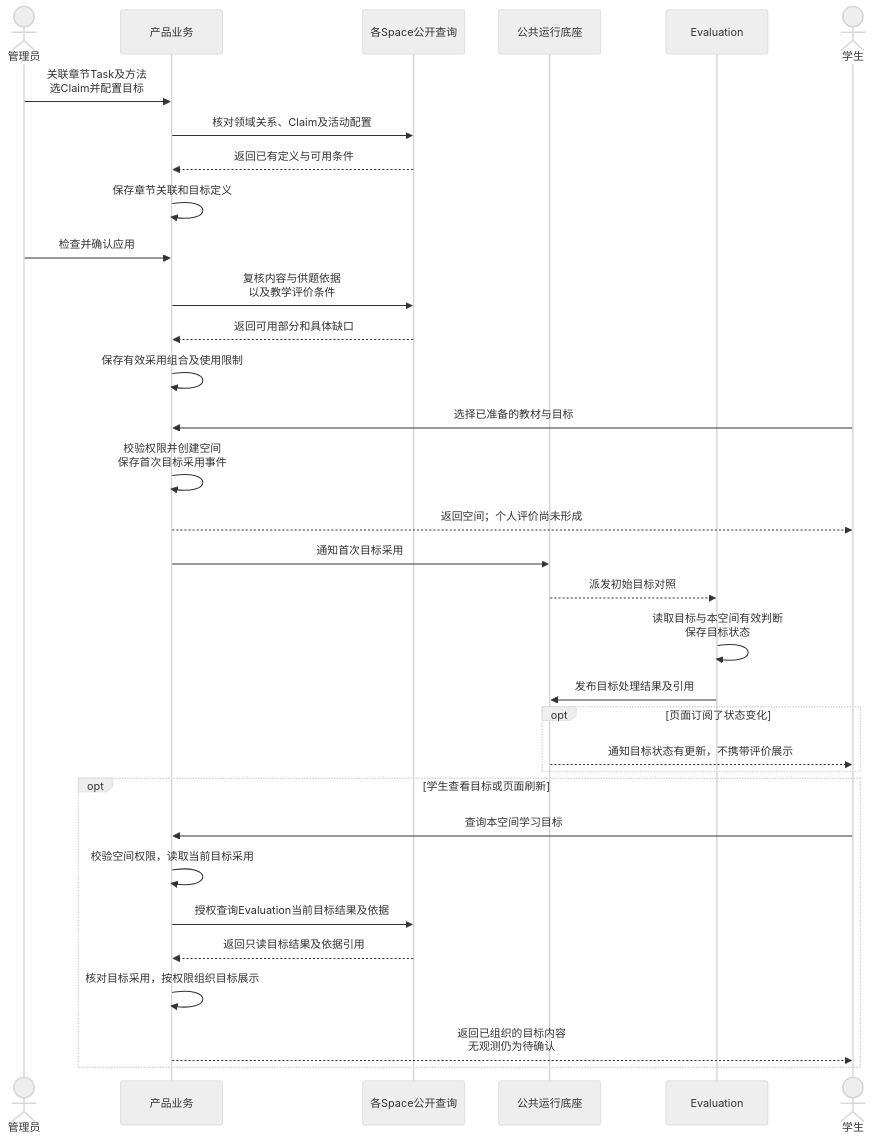
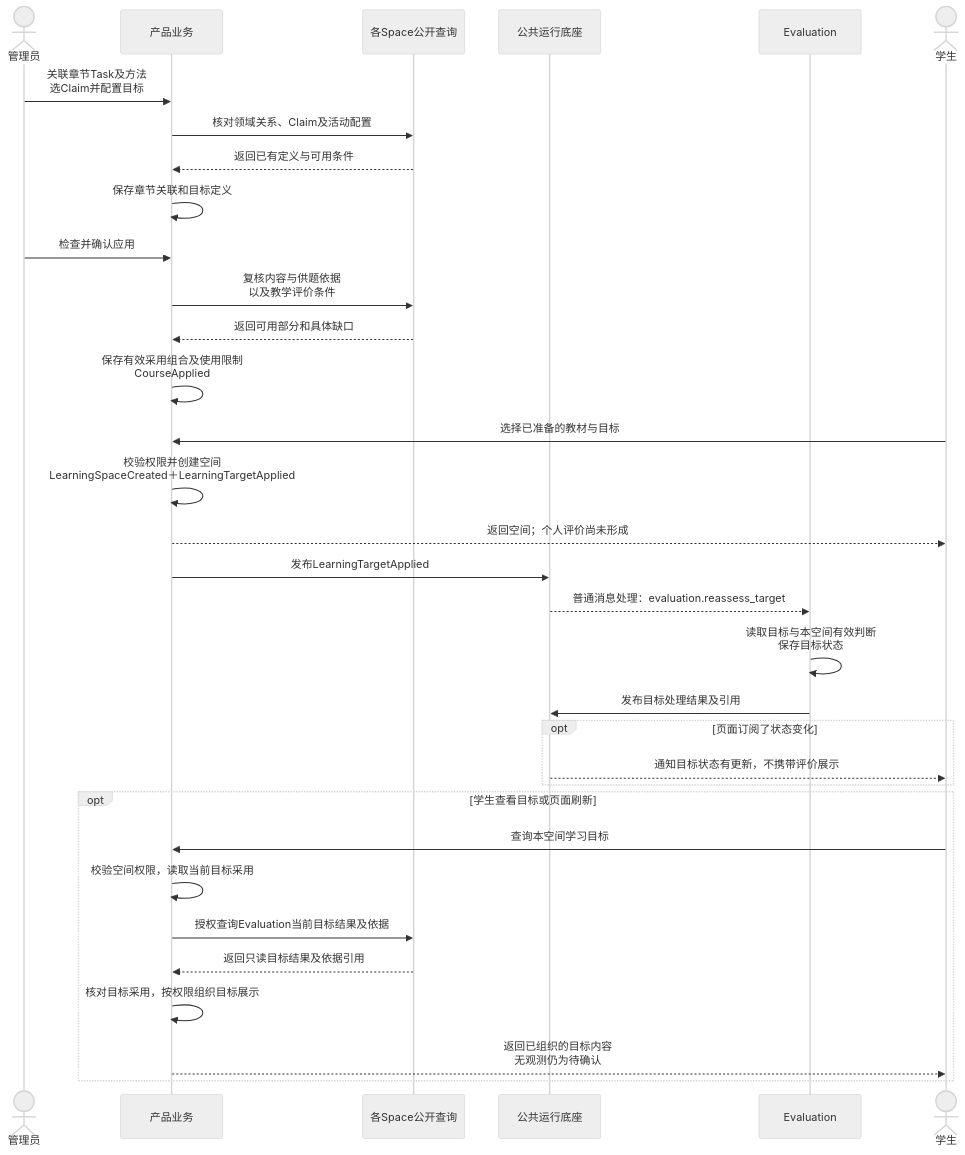
Before and after one commit to ivgotcrazy/deermind: the fifth of 10 diagrams in doc/mvp/m1/engineering/System_Design.md, drawn with Mermaid (neutral theme). The commit also changed other lines of this file and 126 other files, not shown here.

````diff
--- a/doc/mvp/m1/engineering/System_Design.md
+++ b/doc/mvp/m1/engineering/System_Design.md
@@ -304,35 +304,35 @@
 ```mermaid
 sequenceDiagram
   actor A as 管理员
   participant P as 产品业务
   participant Q as 各Space公开查询
   participant R as 公共运行底座
   participant E as Evaluation
   actor S as 学生
   A->>P: 关联章节Task及方法<br/>选Claim并配置目标
   P->>Q: 核对领域关系、Claim及活动配置
   Q-->>P: 返回已有定义与可用条件
   P->>P: 保存章节关联和目标定义
   A->>P: 检查并确认应用
   P->>Q: 复核内容与供题依据<br/>以及教学评价条件
   Q-->>P: 返回可用部分和具体缺口
-  P->>P: 保存有效采用组合及使用限制
+  P->>P: 保存有效采用组合及使用限制<br/>CourseApplied
   S->>P: 选择已准备的教材与目标
-  P->>P: 校验权限并创建空间<br/>保存首次目标采用事件
+  P->>P: 校验权限并创建空间<br/>LearningSpaceCreated＋LearningTargetApplied
   P-->>S: 返回空间；个人评价尚未形成
-  P->>R: 通知首次目标采用
-  R-->>E: 派发初始目标对照
+  P->>R: 发布LearningTargetApplied
+  R-->>E: 普通消息处理：evaluation.reassess_target
   E->>E: 读取目标与本空间有效判断<br/>保存目标状态
   E->>R: 发布目标处理结果及引用
   opt 页面订阅了状态变化
     R-->>S: 通知目标状态有更新，不携带评价展示
   end
   opt 学生查看目标或页面刷新
     S->>P: 查询本空间学习目标
     P->>P: 校验空间权限，读取当前目标采用
     P->>Q: 授权查询Evaluation当前目标结果及依据
     Q-->>P: 返回只读目标结果及依据引用
     P->>P: 核对目标采用，按权限组织目标展示
     P-->>S: 返回已组织的目标内容<br/>无观测仍为待确认
   end
 ```
````
